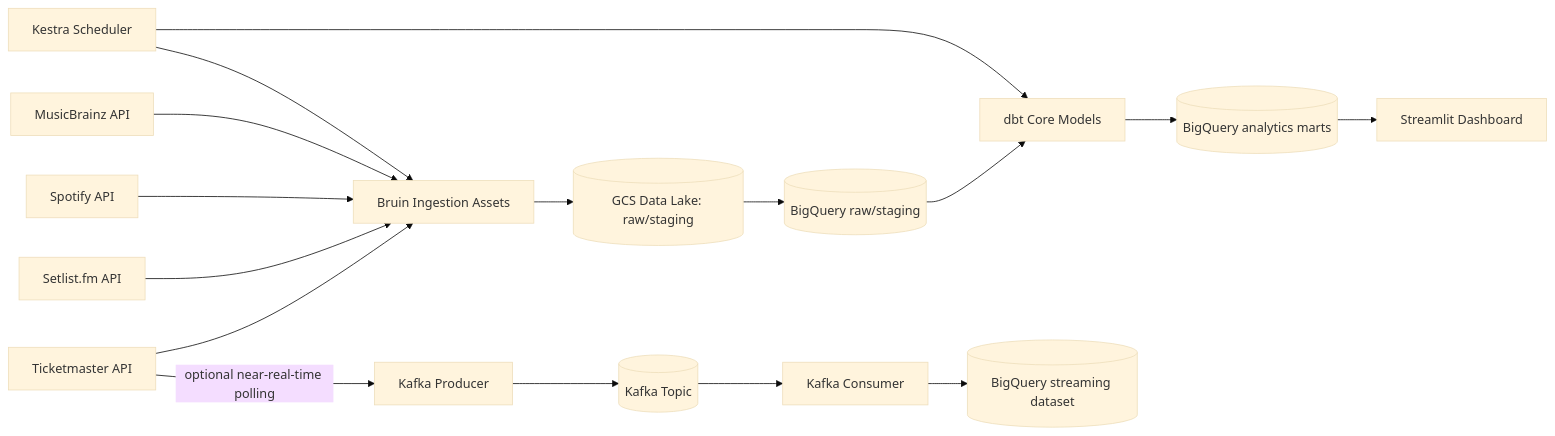
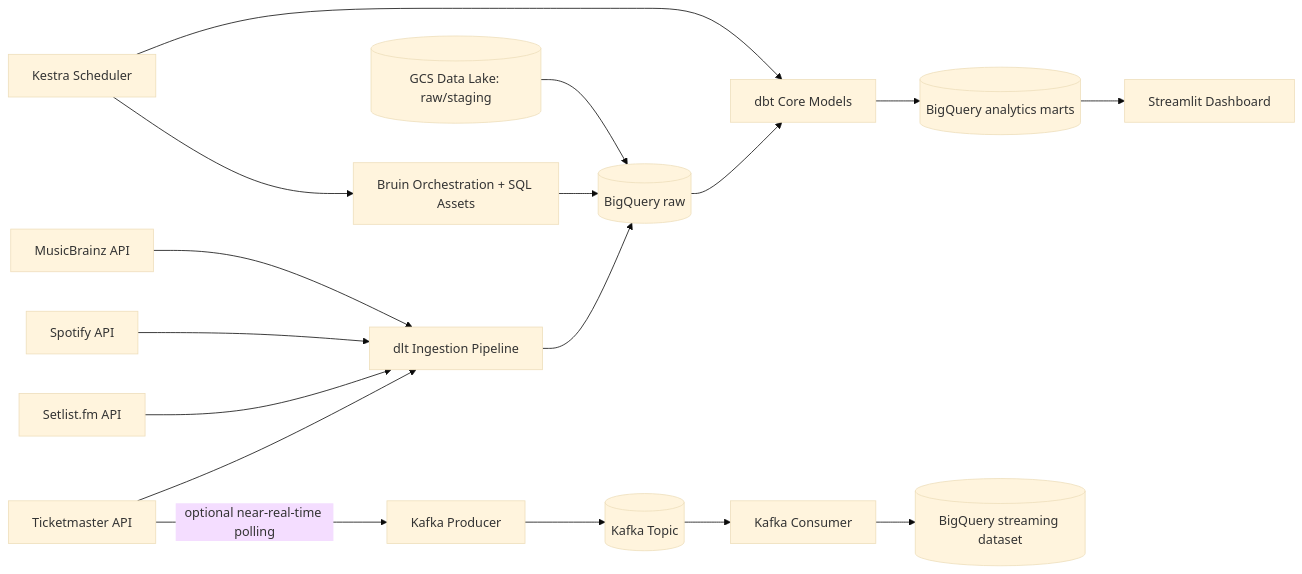
The diagram in README.md (lorenzoeder/gigwise-analytics), drawn with Mermaid (base theme) before and after one commit. The commit also changed other lines of this file and 27 other files, not shown here.

````diff
--- a/README.md
+++ b/README.md
@@ -55,20 +56,22 @@
 ```mermaid
 flowchart LR
-	TM[Ticketmaster API] --> BR[Bruin Ingestion Assets]
-	SL[Setlist.fm API] --> BR
-	SP[Spotify API] --> BR
-	MB[MusicBrainz API] --> BR
+	TM[Ticketmaster API] --> DLT[dlt Ingestion Pipeline]
+	SL[Setlist.fm API] --> DLT
+	SP[Spotify API] --> DLT
+	MB[MusicBrainz API] --> DLT
 
-	BR --> GCS[(GCS Data Lake: raw/staging)]
-	GCS --> BQRAW[(BigQuery raw/staging)]
+	DLT --> BQRAW[(BigQuery raw)]
+
+	BR[Bruin Orchestration + SQL Assets] --> BQRAW
+	GCS[(GCS Data Lake: raw/staging)] --> BQRAW
 	BQRAW --> DBT[dbt Core Models]
 	DBT --> BQANA[(BigQuery analytics marts)]
 	BQANA --> ST[Streamlit Dashboard]
 
 	KE[Kestra Scheduler] --> BR
 	KE --> DBT
 
 	TM -->|optional near-real-time polling| KP[Kafka Producer]
 	KP --> KQ[(Kafka Topic)] --> KC[Kafka Consumer]
 	KC --> BQSTR[(BigQuery streaming dataset)]
 ```
````
